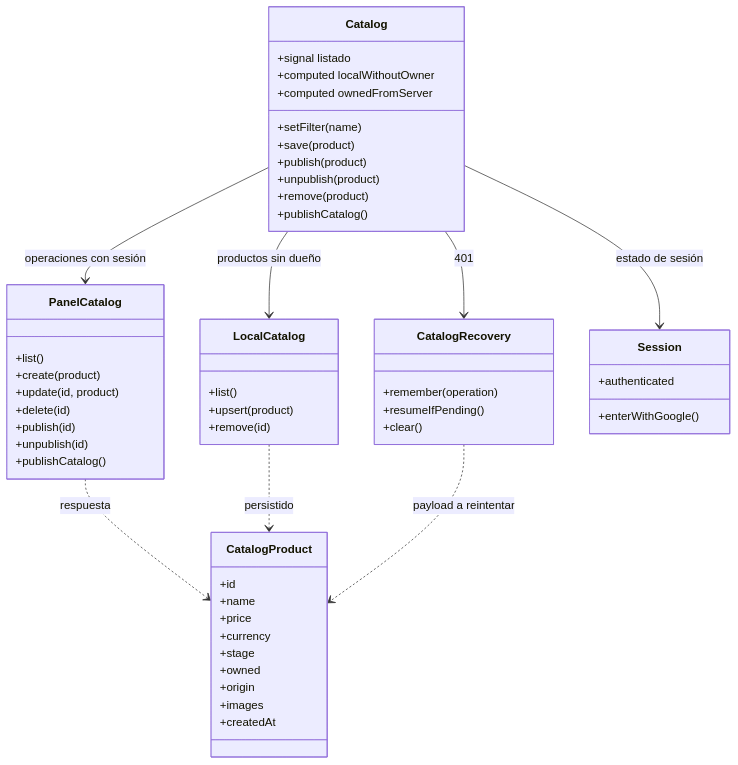
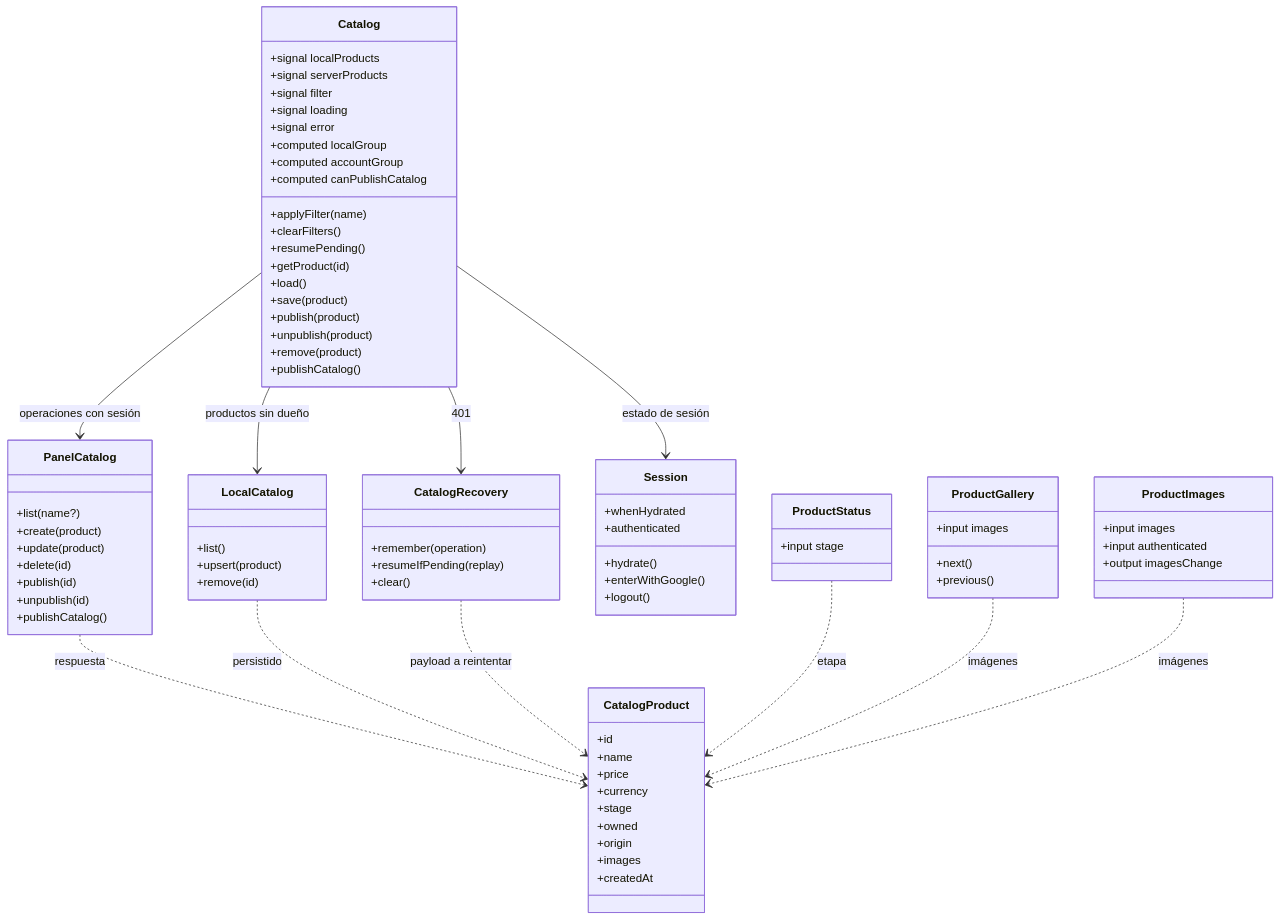
The ninth of 10 diagrams in specs/002-panel-catalog-management/uml.md (Dariosoft/fes-panel-web), drawn with Mermaid before and after one commit. The commit also changed other lines of this file and 3 other files, not shown here.

````diff
--- a/specs/002-panel-catalog-management/uml.md
+++ b/specs/002-panel-catalog-management/uml.md
@@ -254,10 +382,19 @@
 ```mermaid
 classDiagram
   class Catalog {
-    +signal listado
-    +computed localWithoutOwner
-    +computed ownedFromServer
-    +setFilter(name)
+    +signal localProducts
+    +signal serverProducts
+    +signal filter
+    +signal loading
+    +signal error
+    +computed localGroup
+    +computed accountGroup
+    +computed canPublishCatalog
+    +applyFilter(name)
+    +clearFilters()
+    +resumePending()
+    +getProduct(id)
+    +load()
     +save(product)
     +publish(product)
     +unpublish(product)
@@ -265,9 +402,9 @@
     +publishCatalog()
   }
   class PanelCatalog {
-    +list()
+    +list(name?)
     +create(product)
-    +update(id, product)
+    +update(product)
     +delete(id)
     +publish(id)
     +unpublish(id)
@@ -280,12 +417,28 @@
   }
   class CatalogRecovery {
     +remember(operation)
-    +resumeIfPending()
+    +resumeIfPending(replay)
     +clear()
   }
   class Session {
+    +whenHydrated
     +authenticated
+    +hydrate()
     +enterWithGoogle()
+    +logout()
+  }
+  class ProductStatus {
+    +input stage
+  }
+  class ProductGallery {
+    +input images
+    +next()
+    +previous()
+  }
+  class ProductImages {
+    +input images
+    +input authenticated
+    +output imagesChange
   }
   class CatalogProduct {
     +id
@@ -305,4 +458,7 @@
   PanelCatalog ..> CatalogProduct : respuesta
   LocalCatalog ..> CatalogProduct : persistido
   CatalogRecovery ..> CatalogProduct : payload a reintentar
+  ProductStatus ..> CatalogProduct : etapa
+  ProductGallery ..> CatalogProduct : imágenes
+  ProductImages ..> CatalogProduct : imágenes
 ```
````
